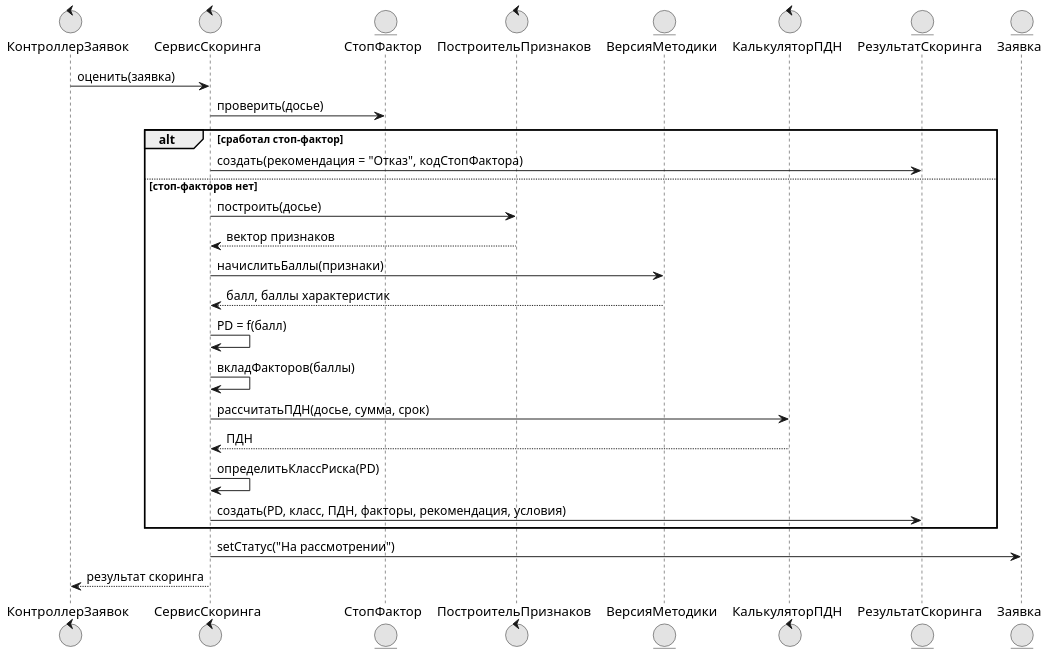
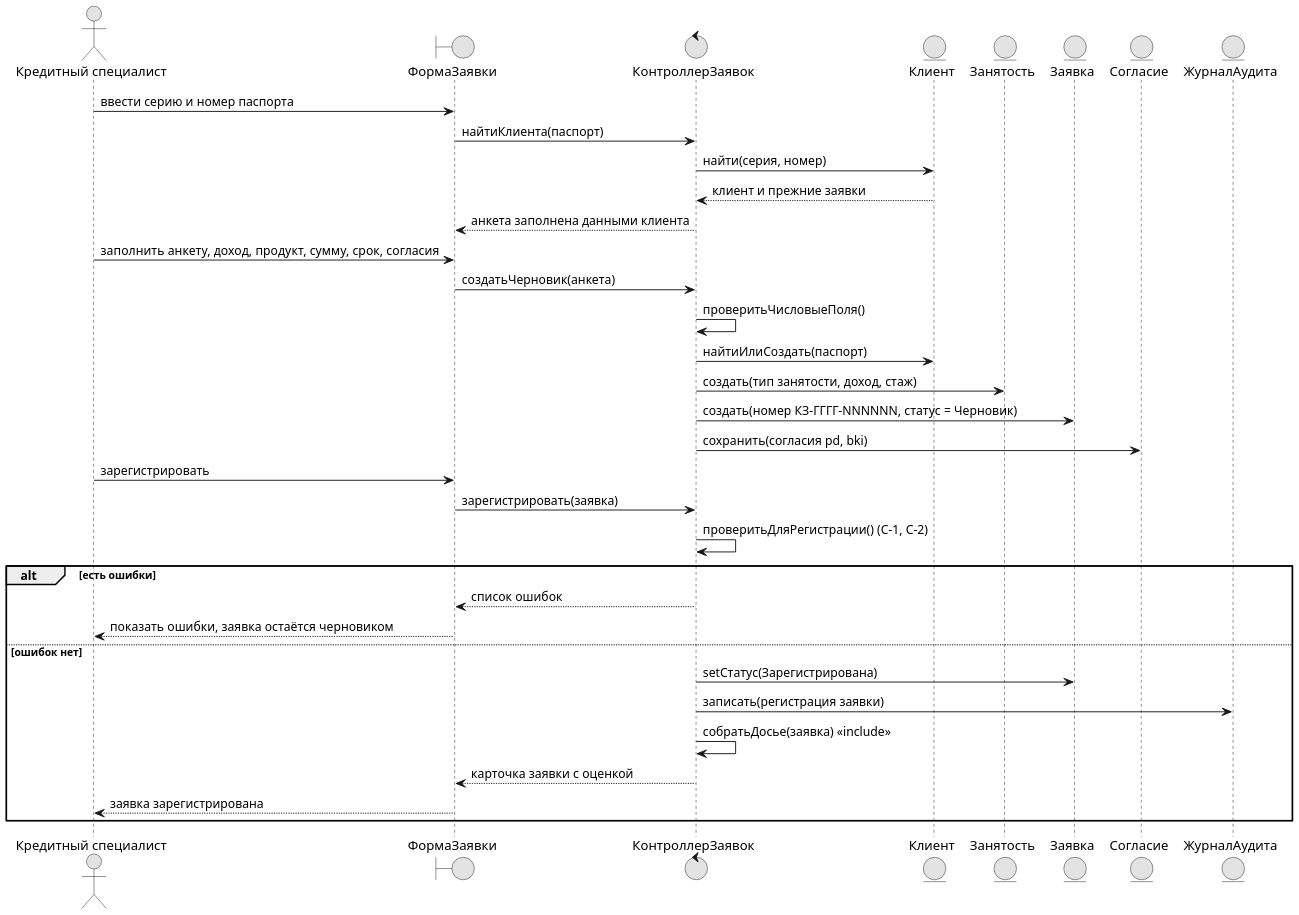
Before and after one commit to DarkSwordman999/credit-scoring-dss: the diagram in diagrams/uml_seq_1.puml, drawn with PlantUML. The commit also changed 177 other files, not shown here.

Commit message:
ПР 7-8 пересобран: диаграммы взаимодействия по всем вариантам использования, классы, состояния, компоненты и развёртывание

```diff
--- a/diagrams/uml_seq_1.puml
+++ b/diagrams/uml_seq_1.puml
@@ -1,33 +1,40 @@
 @startuml
 !pragma layout smetana
 skinparam dpi 150
 skinparam defaultFontName Arial
 skinparam shadowing false
 skinparam monochrome true
+actor "Кредитный специалист" as KS
+boundary "ФормаЗаявки" as UI
 control "КонтроллерЗаявок" as C
-control "СервисСкоринга" as S
-entity "СтопФактор" as SF
-control "ПостроительПризнаков" as FB
-entity "ВерсияМетодики" as M
-control "КалькуляторПДН" as P
-entity "РезультатСкоринга" as R
+entity "Клиент" as CL
+entity "Занятость" as EM
 entity "Заявка" as AP
-C -> S : оценить(заявка)
-S -> SF : проверить(досье)
-alt сработал стоп-фактор
-  S -> R : создать(рекомендация = "Отказ", кодСтопФактора)
-else стоп-факторов нет
-  S -> FB : построить(досье)
-  FB --> S : вектор признаков
-  S -> M : начислитьБаллы(признаки)
-  M --> S : балл, баллы характеристик
-  S -> S : PD = f(балл)
-  S -> S : вкладФакторов(баллы)
-  S -> P : рассчитатьПДН(досье, сумма, срок)
-  P --> S : ПДН
-  S -> S : определитьКлассРиска(PD)
-  S -> R : создать(PD, класс, ПДН, факторы, рекомендация, условия)
+entity "Согласие" as CS
+entity "ЖурналАудита" as AU
+KS -> UI : ввести серию и номер паспорта
+UI -> C : найтиКлиента(паспорт)
+C -> CL : найти(серия, номер)
+CL --> C : клиент и прежние заявки
+C --> UI : анкета заполнена данными клиента
+KS -> UI : заполнить анкету, доход, продукт, сумму, срок, согласия
+UI -> C : создатьЧерновик(анкета)
+C -> C : проверитьЧисловыеПоля()
+C -> CL : найтиИлиСоздать(паспорт)
+C -> EM : создать(тип занятости, доход, стаж)
+C -> AP : создать(номер КЗ-ГГГГ-NNNNNN, статус = Черновик)
+C -> CS : сохранить(согласия pd, bki)
+KS -> UI : зарегистрировать
+UI -> C : зарегистрировать(заявка)
+C -> C : проверитьДляРегистрации() (С-1, С-2)
+alt есть ошибки
+  C --> UI : список ошибок
+  UI --> KS : показать ошибки, заявка остаётся черновиком
+else ошибок нет
+  C -> AP : setСтатус(Зарегистрирована)
+  C -> AU : записать(регистрация заявки)
+  C -> C : собратьДосье(заявка) <<include>>
+  C --> UI : карточка заявки с оценкой
+  UI --> KS : заявка зарегистрирована
 end
-S -> AP : setСтатус("На рассмотрении")
-S --> C : результат скоринга
 @enduml
```
